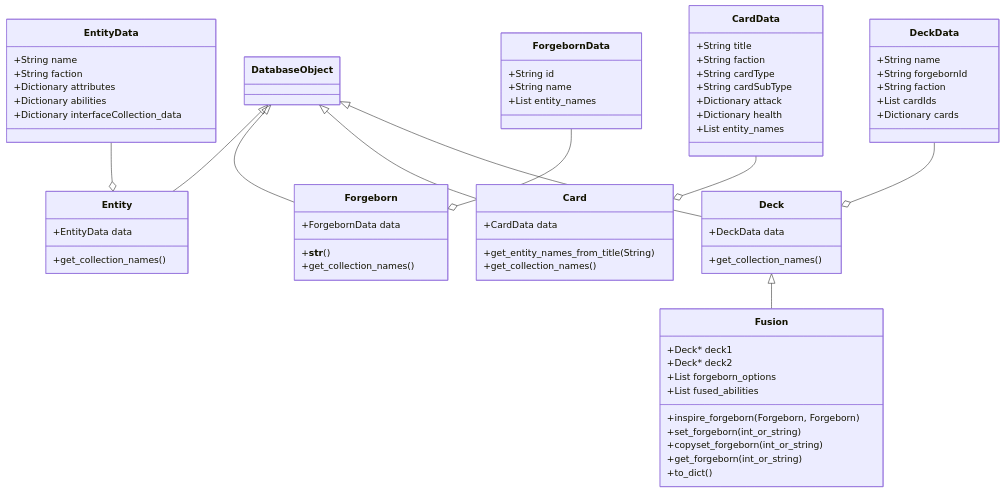
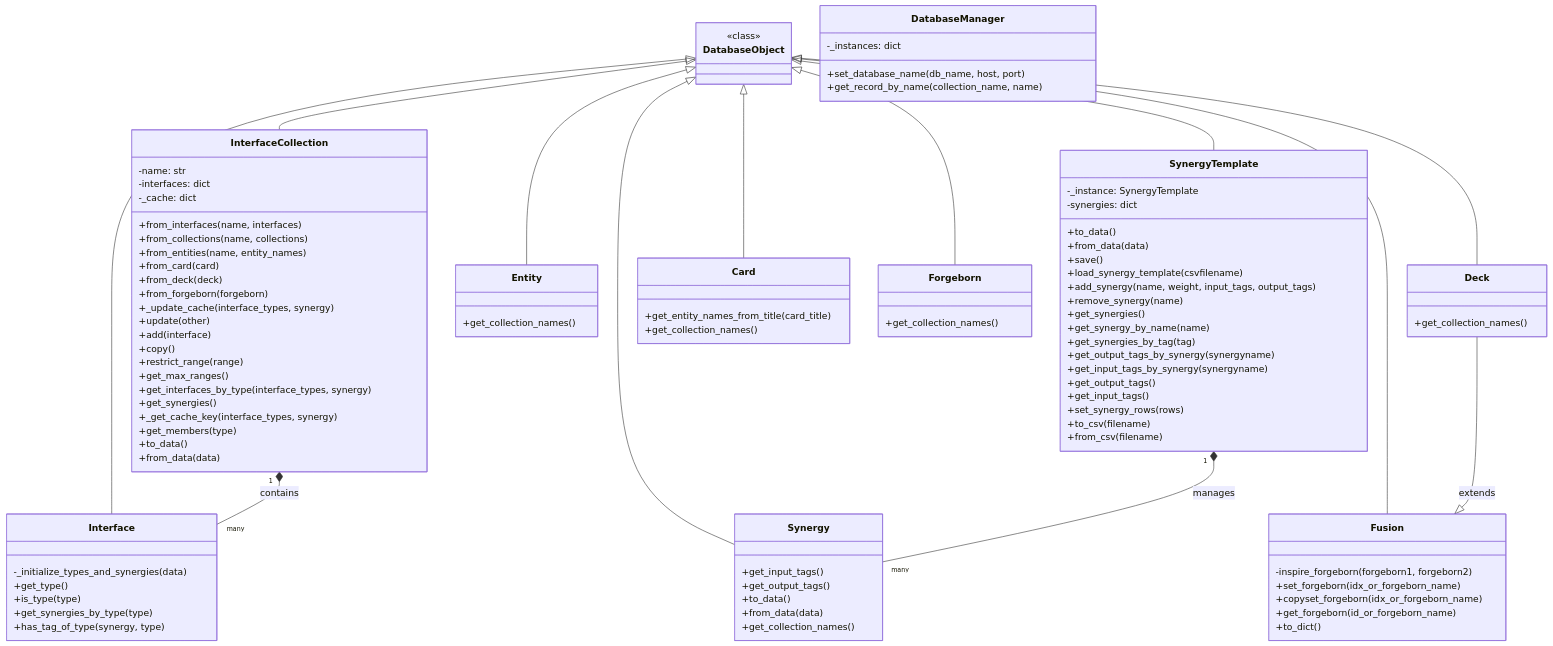
Before and after one commit to TMind/SolMDb: the diagram in uml/Card_Library.mmd, drawn with Mermaid. The commit also changed 3 other files, not shown here.

```diff
--- a/uml/Card_Library.mmd
+++ b/uml/Card_Library.mmd
@@ -1,81 +1,99 @@
 classDiagram
     class DatabaseObject {
+        <<class>>
+    }
+    class InterfaceCollection {
+        -name: str
+        -interfaces: dict
+        -_cache: dict
+        +from_interfaces(name, interfaces)
+        +from_collections(name, collections)
+        +from_entities(name, entity_names)
+        +from_card(card)
+        +from_deck(deck)
+        +from_forgeborn(forgeborn)
+        +_update_cache(interface_types, synergy)
+        +update(other)
+        +add(interface)
+        +copy()
+        +restrict_range(range)
+        +get_max_ranges()
+        +get_interfaces_by_type(interface_types, synergy)
+        +get_synergies()
+        +_get_cache_key(interface_types, synergy)
+        +get_members(type)
+        +to_data()
+        +from_data(data)
+    }
+    class Interface {
+        -_initialize_types_and_synergies(data)
+        +get_type()
+        +is_type(type)
+        +get_synergies_by_type(type)
+        +has_tag_of_type(synergy, type)
+    }
+    class SynergyTemplate {
+        -_instance: SynergyTemplate
+        -synergies: dict
+        +to_data()
+        +from_data(data)
+        +save()
+        +load_synergy_template(csvfilename)
+        +add_synergy(name, weight, input_tags, output_tags)
+        +remove_synergy(name)
+        +get_synergies()
+        +get_synergy_by_name(name)
+        +get_synergies_by_tag(tag)
+        +get_output_tags_by_synergy(synergyname)
+        +get_input_tags_by_synergy(synergyname)
+        +get_output_tags()
+        +get_input_tags()
+        +set_synergy_rows(rows)
+        +to_csv(filename)
+        +from_csv(filename)
+    }
+    class Synergy {
+        +get_input_tags()
+        +get_output_tags()
+        +to_data()
+        +from_data(data)
+        +get_collection_names()
+    }
+    class Entity {
+        +get_collection_names()
+    }
+    class Deck {
+        +get_collection_names()
+    }
+    class Card {
+        +get_entity_names_from_title(card_title)
+        +get_collection_names()
+    }
+    class Forgeborn {
+        +get_collection_names()
+    }
+    class Fusion {
+        -inspire_forgeborn(forgeborn1, forgeborn2)
+        +set_forgeborn(idx_or_forgeborn_name)
+        +copyset_forgeborn(idx_or_forgeborn_name)
+        +get_forgeborn(id_or_forgeborn_name)
+        +to_dict()
+    }
+    class DatabaseManager {
+        -_instances: dict
+        +set_database_name(db_name, host, port)
+        +get_record_by_name(collection_name, name)
     }
 
-    class EntityData {
-        +String name
-        +String faction
-        +Dictionary attributes
-        +Dictionary abilities
-        +Dictionary interfaceCollection_data
-    }
-
-    class ForgebornData {
-        +String id
-        +String name
-        +List entity_names
-    }
-
-    class CardData {
-        +String title
-        +String faction
-        +String cardType
-        +String cardSubType
-        +Dictionary attack
-        +Dictionary health
-        +List entity_names
-    }
-
-    class DeckData {
-        +String name
-        +String forgebornId
-        +String faction
-        +List cardIds
-        +Dictionary cards
-    }
-
-    class Entity {
-        +EntityData data
-        +get_collection_names()
-    }
-
-    class Forgeborn {
-        +ForgebornData data
-        +__str__()
-        +get_collection_names()
-    }
-
-    class Card {
-        +CardData data
-        +get_entity_names_from_title(String)
-        +get_collection_names()
-    }
-
-    class Deck {
-        +DeckData data
-        +get_collection_names()
-    }
-
-    class Fusion {
-        +Deck* deck1
-        +Deck* deck2
-        +List forgeborn_options
-        +List fused_abilities
-        +inspire_forgeborn(Forgeborn, Forgeborn)
-        +set_forgeborn(int_or_string)
-        +copyset_forgeborn(int_or_string)
-        +get_forgeborn(int_or_string)
-        +to_dict()
-    }
-
+    DatabaseObject <|-- InterfaceCollection
+    DatabaseObject <|-- Interface
+    DatabaseObject <|-- SynergyTemplate
+    DatabaseObject <|-- Synergy
     DatabaseObject <|-- Entity
+    DatabaseObject <|-- Deck
+    DatabaseObject <|-- Card
     DatabaseObject <|-- Forgeborn
-    DatabaseObject <|-- Card
-    DatabaseObject <|-- Deck
-
-    EntityData --o Entity
-    ForgebornData --o Forgeborn
-    CardData --o Card
-    DeckData --o Deck
-
-    Deck <|-- Fusion
+    DatabaseObject <|-- Fusion
+    InterfaceCollection "1" *-- "many" Interface : contains
+    SynergyTemplate "1" *-- "many" Synergy : manages
+    Deck --|> Fusion : extends
```
